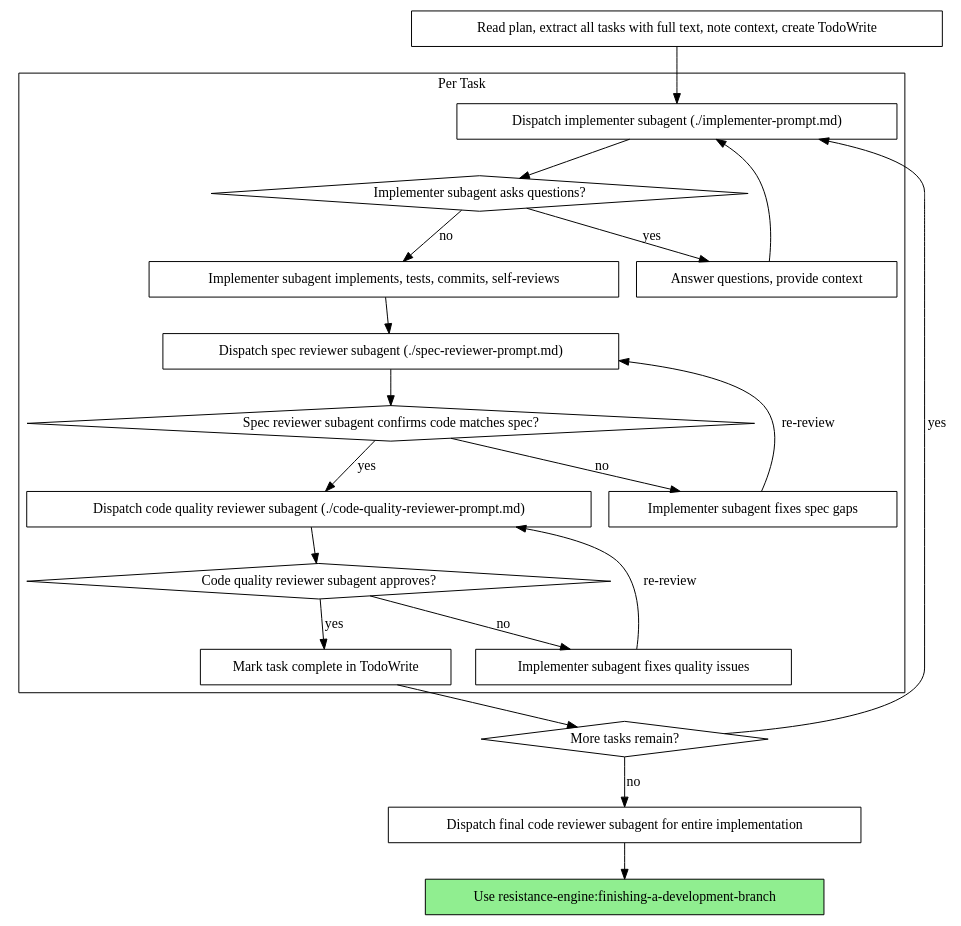
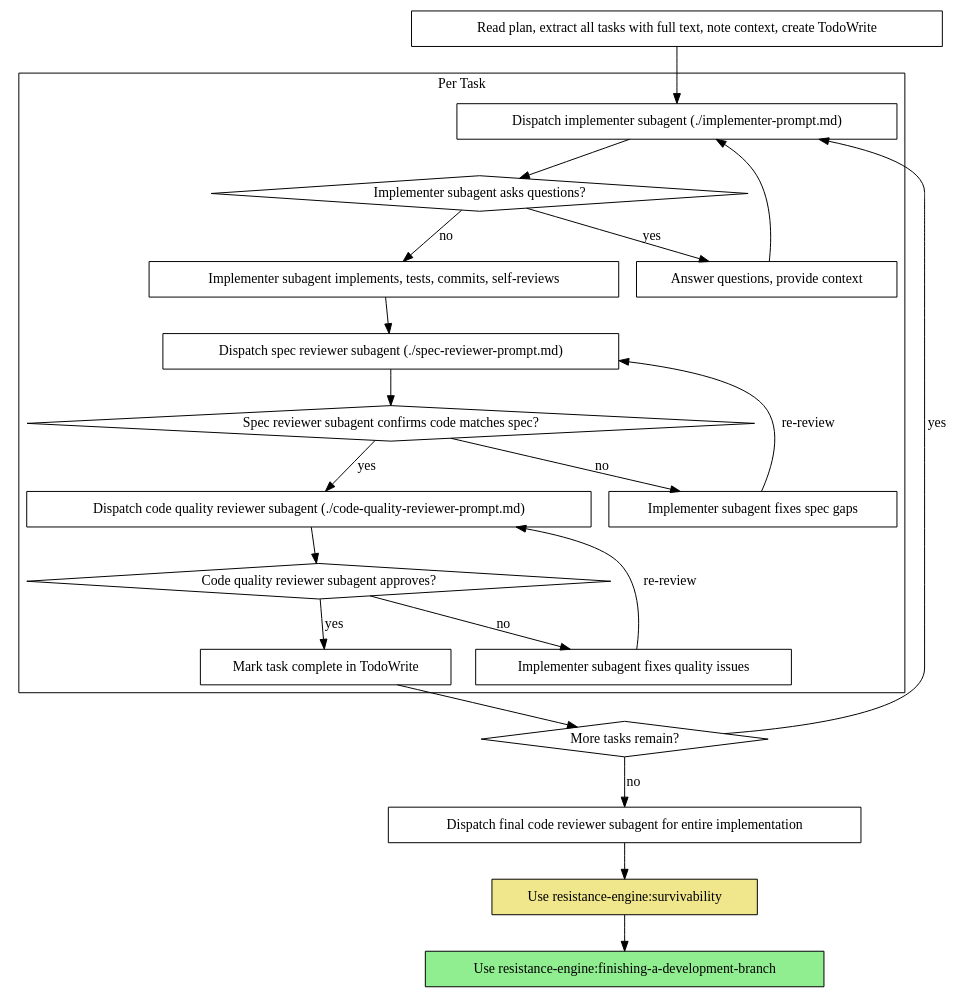
Before and after one commit to Itzalive/resistance-ai: the second of 2 diagrams in skills/subagent-driven-development/SKILL.md, drawn with Graphviz. The commit also changed other lines of this file and 2 other files, not shown here.

Commit message:
feat(skill-5): wire survivability into execution flow

````diff
--- a/skills/subagent-driven-development/SKILL.md
+++ b/skills/subagent-driven-development/SKILL.md
@@ -42,44 +42,46 @@
 ```dot
 digraph process {
     rankdir=TB;
 
     subgraph cluster_per_task {
         label="Per Task";
         "Dispatch implementer subagent (./implementer-prompt.md)" [shape=box];
         "Implementer subagent asks questions?" [shape=diamond];
         "Answer questions, provide context" [shape=box];
         "Implementer subagent implements, tests, commits, self-reviews" [shape=box];
         "Dispatch spec reviewer subagent (./spec-reviewer-prompt.md)" [shape=box];
         "Spec reviewer subagent confirms code matches spec?" [shape=diamond];
         "Implementer subagent fixes spec gaps" [shape=box];
         "Dispatch code quality reviewer subagent (./code-quality-reviewer-prompt.md)" [shape=box];
         "Code quality reviewer subagent approves?" [shape=diamond];
         "Implementer subagent fixes quality issues" [shape=box];
         "Mark task complete in TodoWrite" [shape=box];
     }
 
     "Read plan, extract all tasks with full text, note context, create TodoWrite" [shape=box];
     "More tasks remain?" [shape=diamond];
     "Dispatch final code reviewer subagent for entire implementation" [shape=box];
+    "Use resistance-engine:survivability" [shape=box style=filled fillcolor=khaki];
     "Use resistance-engine:finishing-a-development-branch" [shape=box style=filled fillcolor=lightgreen];
 
     "Read plan, extract all tasks with full text, note context, create TodoWrite" -> "Dispatch implementer subagent (./implementer-prompt.md)";
     "Dispatch implementer subagent (./implementer-prompt.md)" -> "Implementer subagent asks questions?";
     "Implementer subagent asks questions?" -> "Answer questions, provide context" [label="yes"];
     "Answer questions, provide context" -> "Dispatch implementer subagent (./implementer-prompt.md)";
     "Implementer subagent asks questions?" -> "Implementer subagent implements, tests, commits, self-reviews" [label="no"];
     "Implementer subagent implements, tests, commits, self-reviews" -> "Dispatch spec reviewer subagent (./spec-reviewer-prompt.md)";
     "Dispatch spec reviewer subagent (./spec-reviewer-prompt.md)" -> "Spec reviewer subagent confirms code matches spec?";
     "Spec reviewer subagent confirms code matches spec?" -> "Implementer subagent fixes spec gaps" [label="no"];
     "Implementer subagent fixes spec gaps" -> "Dispatch spec reviewer subagent (./spec-reviewer-prompt.md)" [label="re-review"];
     "Spec reviewer subagent confirms code matches spec?" -> "Dispatch code quality reviewer subagent (./code-quality-reviewer-prompt.md)" [label="yes"];
     "Dispatch code quality reviewer subagent (./code-quality-reviewer-prompt.md)" -> "Code quality reviewer subagent approves?";
     "Code quality reviewer subagent approves?" -> "Implementer subagent fixes quality issues" [label="no"];
     "Implementer subagent fixes quality issues" -> "Dispatch code quality reviewer subagent (./code-quality-reviewer-prompt.md)" [label="re-review"];
     "Code quality reviewer subagent approves?" -> "Mark task complete in TodoWrite" [label="yes"];
     "Mark task complete in TodoWrite" -> "More tasks remain?";
     "More tasks remain?" -> "Dispatch implementer subagent (./implementer-prompt.md)" [label="yes"];
     "More tasks remain?" -> "Dispatch final code reviewer subagent for entire implementation" [label="no"];
-    "Dispatch final code reviewer subagent for entire implementation" -> "Use resistance-engine:finishing-a-development-branch";
+    "Dispatch final code reviewer subagent for entire implementation" -> "Use resistance-engine:survivability";
+    "Use resistance-engine:survivability" -> "Use resistance-engine:finishing-a-development-branch";
 }
 ```
````
